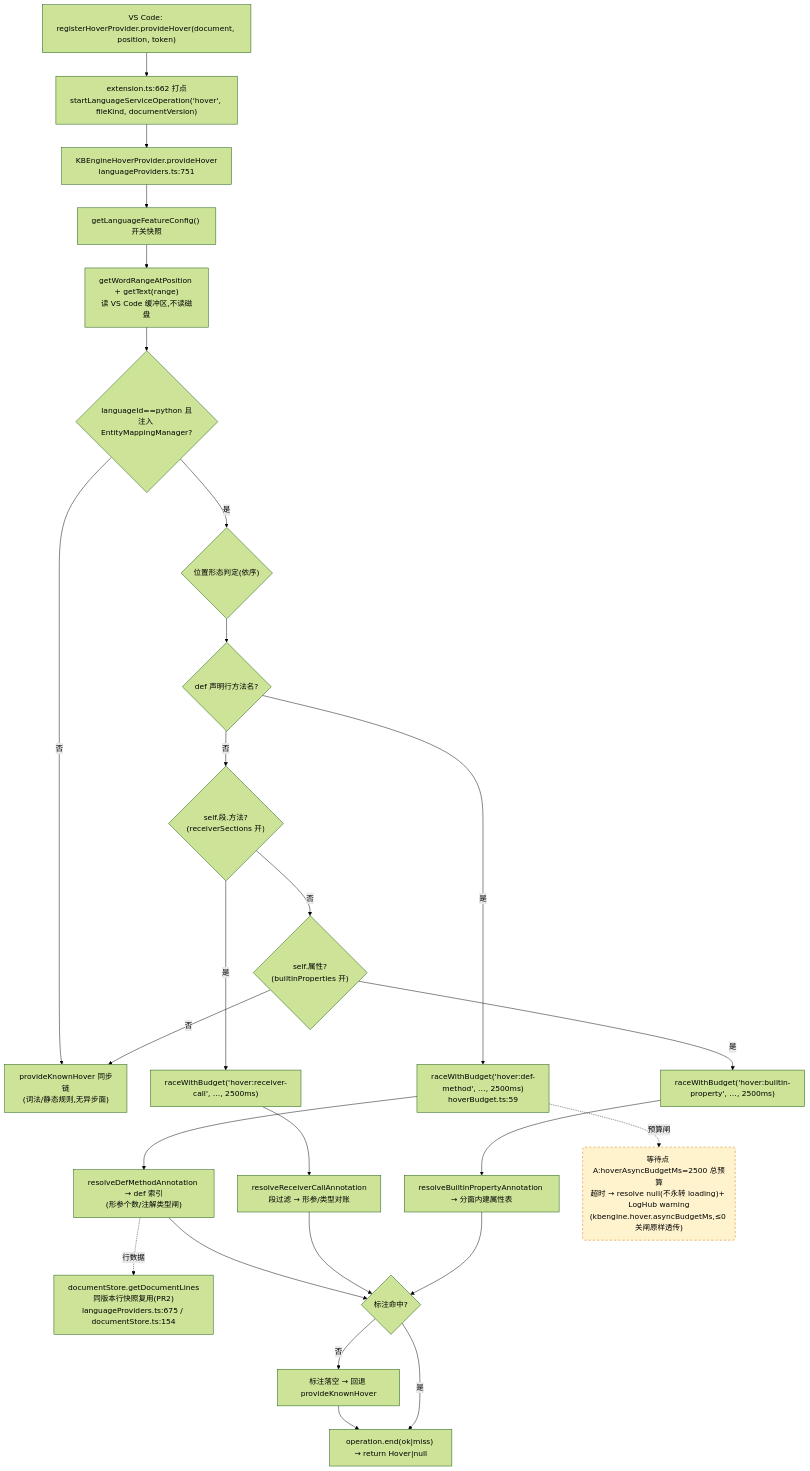
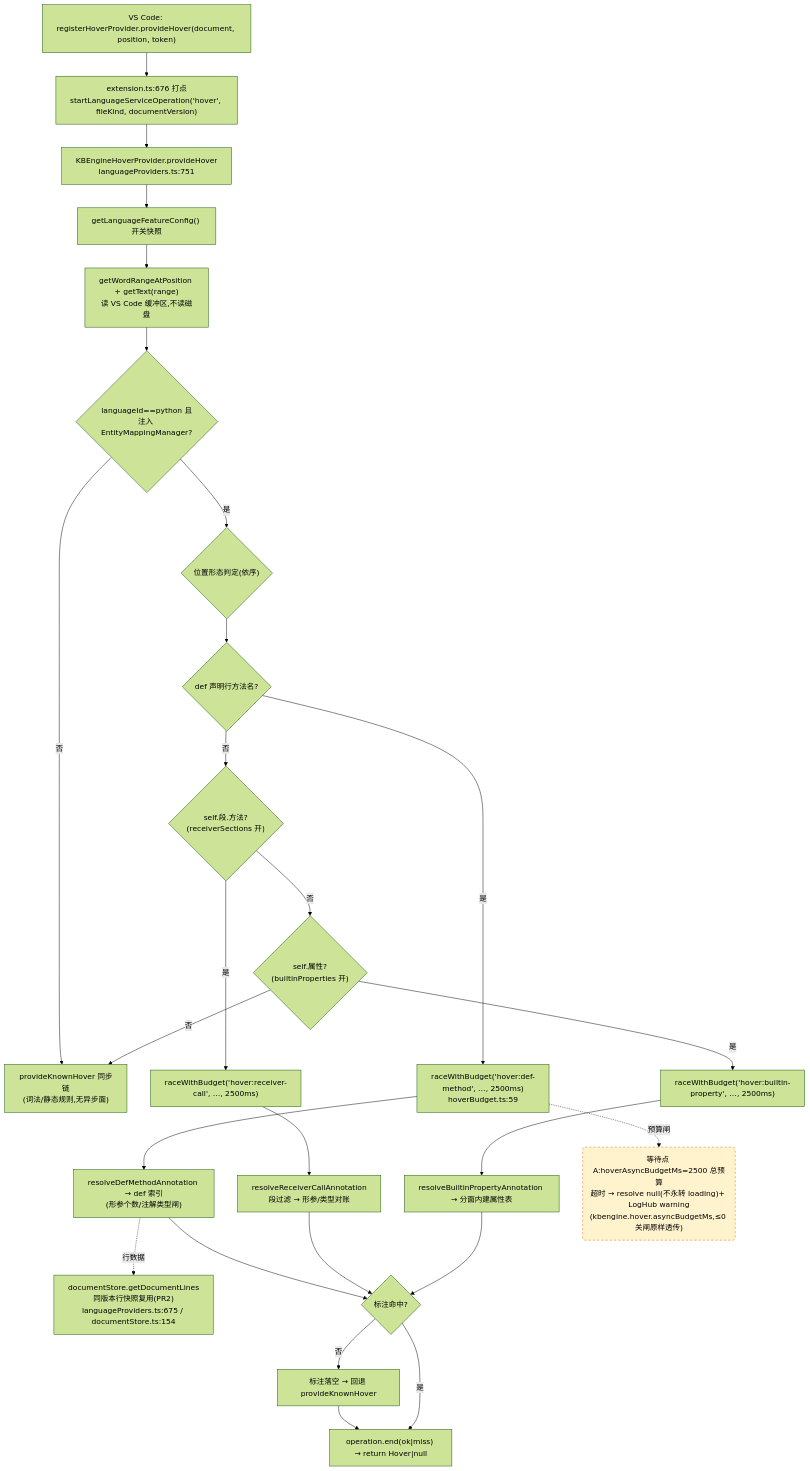
Before and after one commit to cuihairu/kode: the first of 4 diagrams in docs/perf/2026-baseline.md, drawn with Mermaid (forest theme). The commit also changed other lines of this file and 9 other files, not shown here.

````diff
--- a/docs/perf/2026-baseline.md
+++ b/docs/perf/2026-baseline.md
@@ -82,45 +82,45 @@
 ```mermaid
 flowchart TD
   VC1["VS Code: registerHoverProvider.provideHover(document, position, token)"]
-  M1["extension.ts:662 打点<br/>startLanguageServiceOperation('hover', fileKind, documentVersion)"]
+  M1["extension.ts:676 打点<br/>startLanguageServiceOperation('hover', fileKind, documentVersion)"]
   HP["KBEngineHoverProvider.provideHover<br/>languageProviders.ts:751"]
   CFG["getLanguageFeatureConfig() 开关快照"]
   WORD["getWordRangeAtPosition + getText(range)<br/>读 VS Code 缓冲区,不读磁盘"]
   BR{"languageId==python 且<br/>注入 EntityMappingManager?"}
   KN["provideKnownHover 同步链<br/>(词法/静态规则,无异步面)"]
   POS{"位置形态判定(依序)"}
   D1{"def 声明行方法名?"}
   D2{"self.段.方法?<br/>(receiverSections 开)"}
   D3{"self.属性?<br/>(builtinProperties 开)"}
   RA1["raceWithBudget('hover:def-method', …, 2500ms)<br/>hoverBudget.ts:59"]
   RA2["raceWithBudget('hover:receiver-call', …, 2500ms)"]
   RA3["raceWithBudget('hover:builtin-property', …, 2500ms)"]
   RS1["resolveDefMethodAnnotation → def 索引<br/>(形参个数/注解类型闸)"]
   RS2["resolveReceiverCallAnnotation<br/>段过滤 → 形参/类型对账"]
   RS3["resolveBuiltinPropertyAnnotation → 分面内建属性表"]
   LINES["documentStore.getDocumentLines<br/>同版本行快照复用(PR2)<br/>languageProviders.ts:675 / documentStore.ts:154"]
   MISS["标注落空 → 回退 provideKnownHover"]
   END1["operation.end(ok|miss) → return Hover|null"]
 
   VC1 --> M1 --> HP --> CFG --> WORD --> BR
   BR -- "否" --> KN
   BR -- "是" --> POS --> D1
   D1 -- "是" --> RA1 --> RS1
   D1 -- "否" --> D2
   D2 -- "是" --> RA2 --> RS2
   D2 -- "否" --> D3
   D3 -- "是" --> RA3 --> RS3
   D3 -- "否" --> KN
   RS1 --> HIT{"标注命中?"}
   RS2 --> HIT
   RS3 --> HIT
   RS1 -.->|行数据| LINES
   HIT -- "否" --> MISS --> END1
   HIT -- "是" --> END1
 
   WAITA("等待点 A:hoverAsyncBudgetMs=2500 总预算<br/>超时 → resolve null(不永转 loading)+ LogHub warning<br/>(kbengine.hover.asyncBudgetMs,≤0 关闸原样透传)")
   RA1 -.->|预算闸| WAITA
 
   classDef waitPoint fill:#fff3cd,stroke:#d97706,stroke-dasharray:5 4;
   class WAITA waitPoint;
 ```
````
